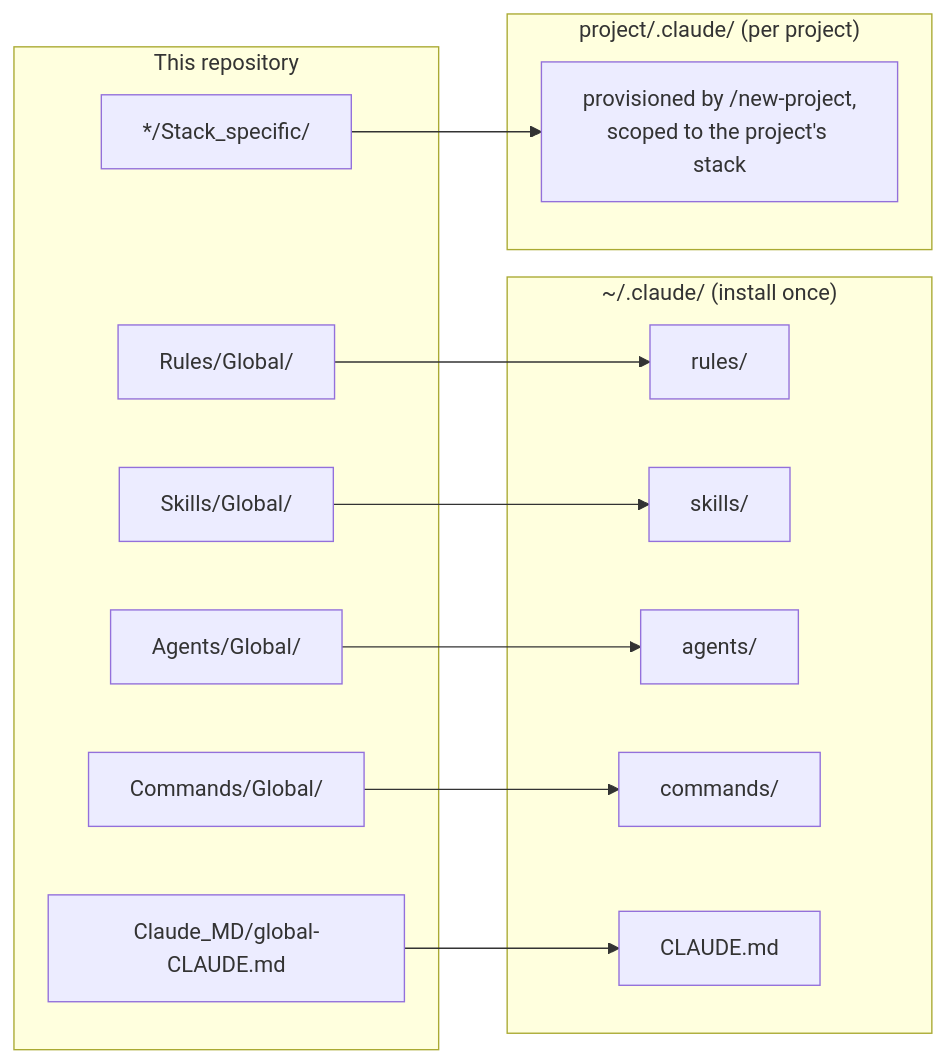
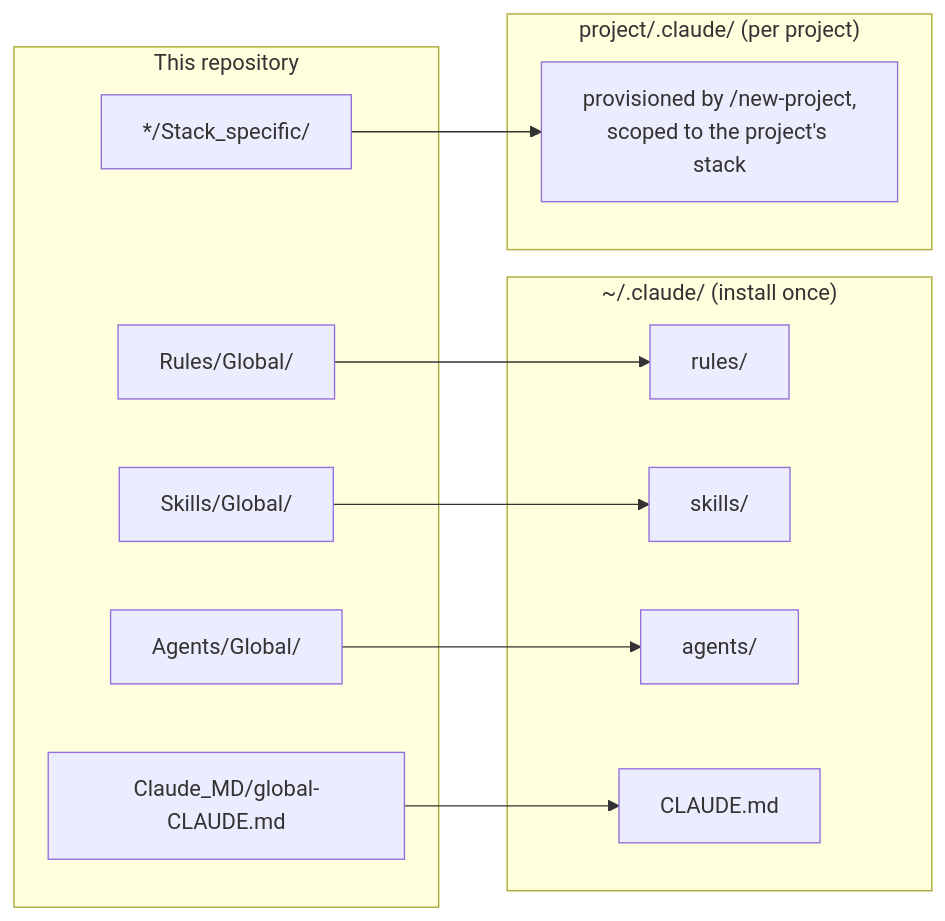
The fifth of 5 diagrams in README.md (kristianlindholm/lindholm-code), drawn with Mermaid before and after one commit. The commit also changed other lines of this file and 32 other files, not shown here.

````diff
--- a/README.md
+++ b/README.md
@@ -167,30 +164,27 @@
 ```mermaid
 flowchart LR
     subgraph REPO["This repository"]
         RG["Rules/Global/"]
         SG["Skills/Global/"]
         AG["Agents/Global/"]
-        CG["Commands/Global/"]
         CMD["Claude_MD/global-CLAUDE.md"]
         STACK["*/Stack_specific/"]
     end
 
     subgraph HOME["~/.claude/  (install once)"]
         HR["rules/"]
         HS["skills/"]
         HA["agents/"]
-        HC["commands/"]
         HCM["CLAUDE.md"]
     end
 
     subgraph PROJ["project/.claude/  (per project)"]
         PA["provisioned by /new-project,<br/>scoped to the project's stack"]
     end
 
     RG --> HR
     SG --> HS
     AG --> HA
-    CG --> HC
     CMD --> HCM
     STACK --> PA
 ```
````
